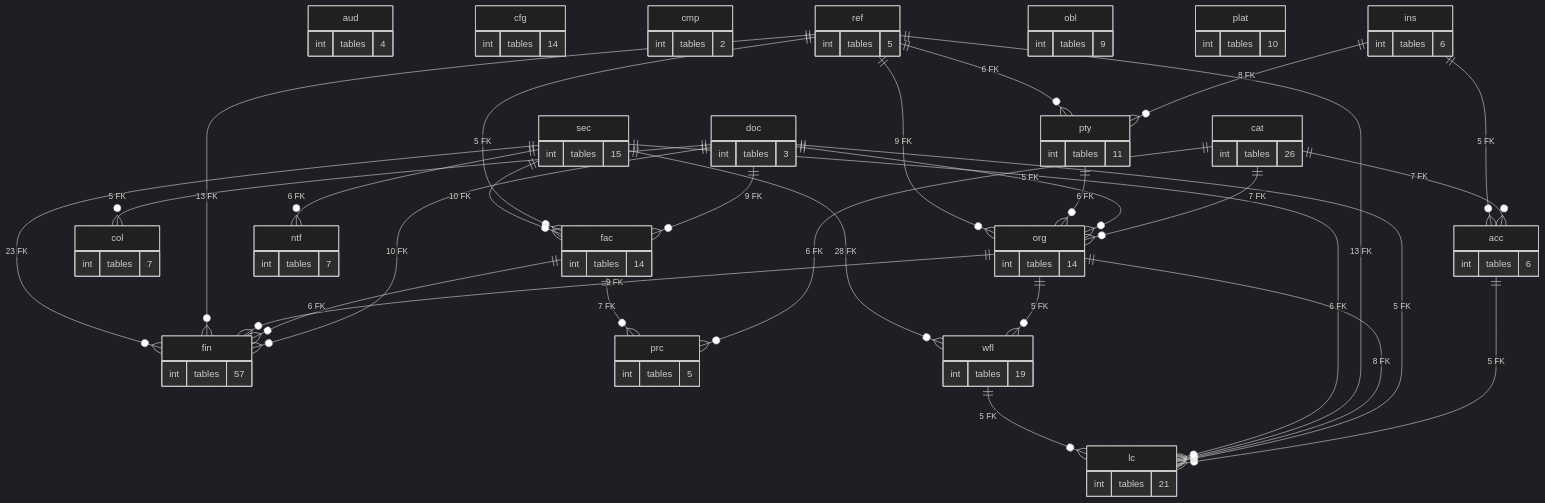
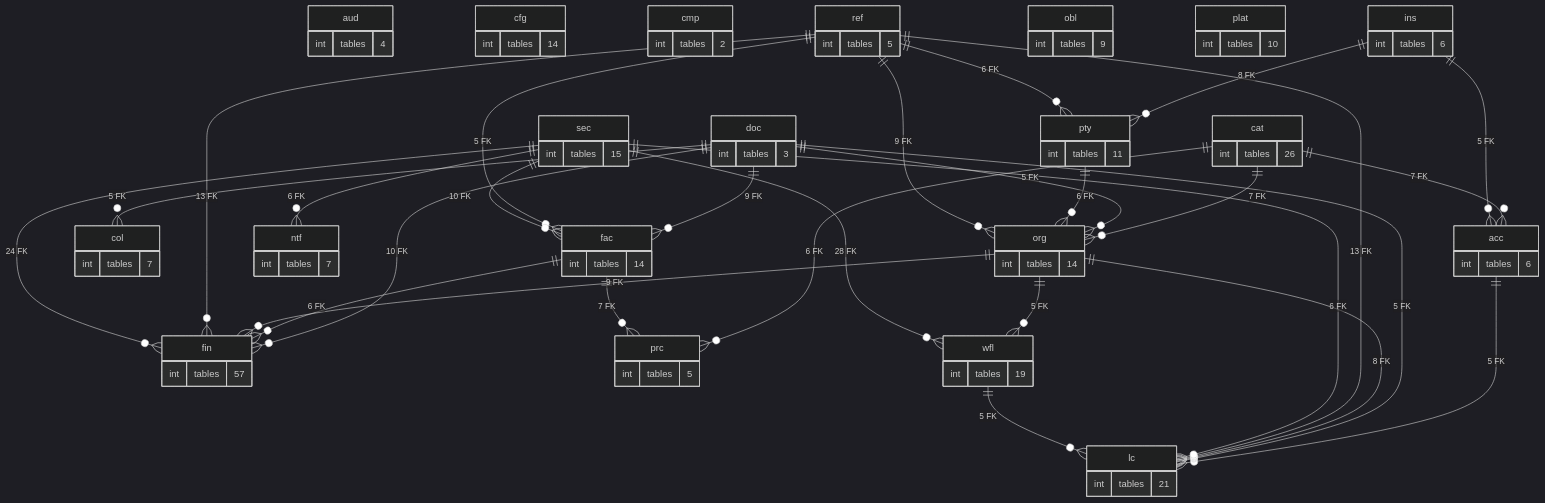
The diagram in treasury-platform/docs/diagrams/erd/schema_map.mmd (thawrasy/smartlines), drawn with Mermaid (dark theme) before and after one commit. The commit also changed 152 other files, not shown here.

```diff
--- a/treasury-platform/docs/diagrams/erd/schema_map.mmd
+++ b/treasury-platform/docs/diagrams/erd/schema_map.mmd
@@ -1,90 +1,90 @@
 %% خريطة المخططات: العلاقة = عدد المفاتيح الأجنبية بين المخططين (≥ 5)
 erDiagram
   acc {
     int tables "6"
   }
   aud {
     int tables "4"
   }
   cat {
     int tables "26"
   }
   cfg {
     int tables "14"
   }
   cmp {
     int tables "2"
   }
   col {
     int tables "7"
   }
   doc {
     int tables "3"
   }
   fac {
     int tables "14"
   }
   fin {
     int tables "57"
   }
   ins {
     int tables "6"
   }
   lc {
     int tables "21"
   }
   ntf {
     int tables "7"
   }
   obl {
     int tables "9"
   }
   org {
     int tables "14"
   }
   plat {
     int tables "10"
   }
   prc {
     int tables "5"
   }
   pty {
     int tables "11"
   }
   ref {
     int tables "5"
   }
   sec {
     int tables "15"
   }
   wfl {
     int tables "19"
   }
   acc ||--o{ lc : "5 FK"
   cat ||--o{ acc : "7 FK"
   cat ||--o{ org : "7 FK"
   cat ||--o{ prc : "6 FK"
   doc ||--o{ col : "5 FK"
   doc ||--o{ fac : "9 FK"
   doc ||--o{ fin : "10 FK"
   doc ||--o{ lc : "5 FK"
   doc ||--o{ org : "5 FK"
   fac ||--o{ fin : "6 FK"
   fac ||--o{ prc : "7 FK"
   ins ||--o{ acc : "5 FK"
   ins ||--o{ pty : "8 FK"
   org ||--o{ fin : "9 FK"
   org ||--o{ lc : "8 FK"
   org ||--o{ wfl : "5 FK"
   pty ||--o{ org : "6 FK"
   ref ||--o{ fac : "5 FK"
   ref ||--o{ fin : "13 FK"
   ref ||--o{ lc : "13 FK"
   ref ||--o{ org : "9 FK"
   ref ||--o{ pty : "6 FK"
   sec ||--o{ fac : "10 FK"
-  sec ||--o{ fin : "23 FK"
+  sec ||--o{ fin : "24 FK"
   sec ||--o{ lc : "6 FK"
   sec ||--o{ ntf : "6 FK"
   sec ||--o{ wfl : "28 FK"
   wfl ||--o{ lc : "5 FK"
```
